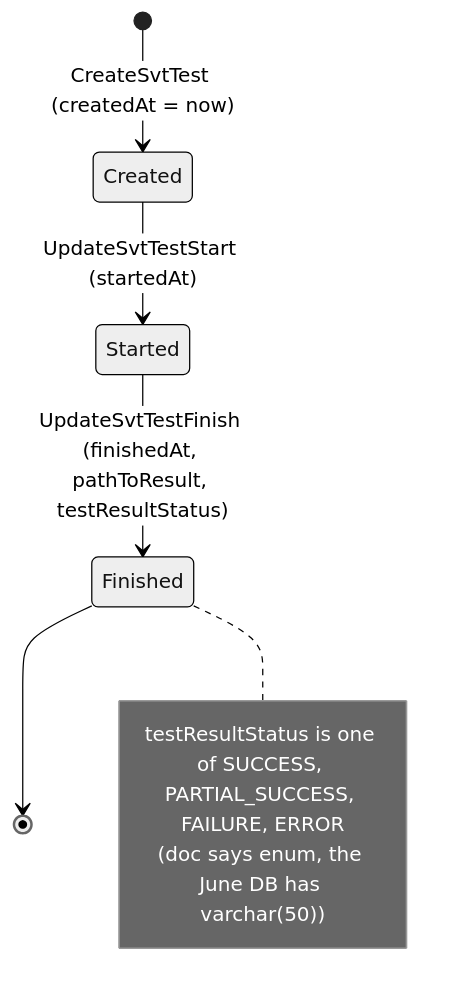
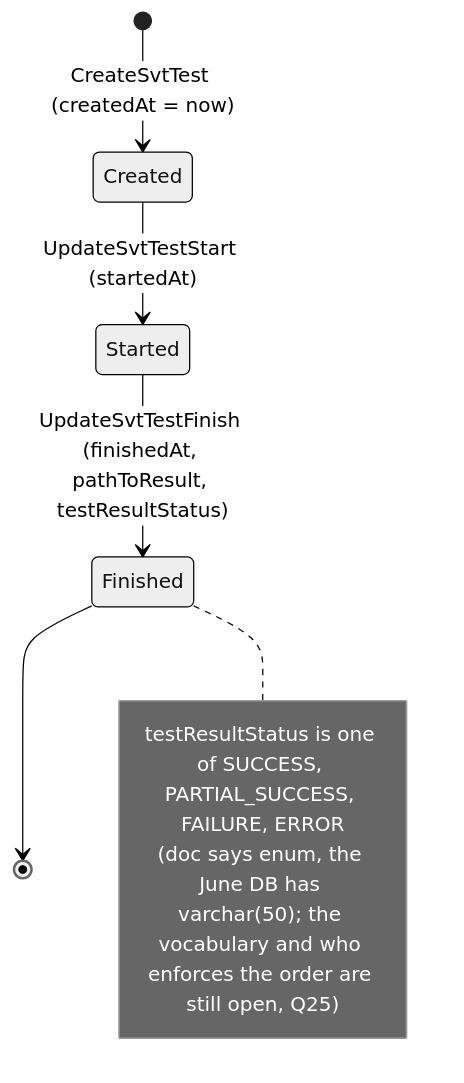
One commit to SVT-WP2/SVTSW changed the fourth of 5 diagrams in DbAgent/docs/02-domain-model.md. Above: the diagram before and after it, drawn with Mermaid (neutral theme). The commit also changed other lines of this file and 7 other files, not shown here.

````diff
--- a/DbAgent/docs/02-domain-model.md
+++ b/DbAgent/docs/02-domain-model.md
@@ -168,11 +168,11 @@
 ```mermaid
 stateDiagram-v2
     [*] --> Created : CreateSvtTest (createdAt = now)
     Created --> Started : UpdateSvtTestStart (startedAt)
     Started --> Finished : UpdateSvtTestFinish (finishedAt, pathToResult, testResultStatus)
     Finished --> [*]
     note right of Finished
         testResultStatus is one of SUCCESS, PARTIAL_SUCCESS, FAILURE, ERROR
-        (doc says enum, the June DB has varchar(50))
+        (doc says enum, the June DB has varchar(50); the vocabulary and who enforces the order are still open, Q25)
     end note
 ```
````
